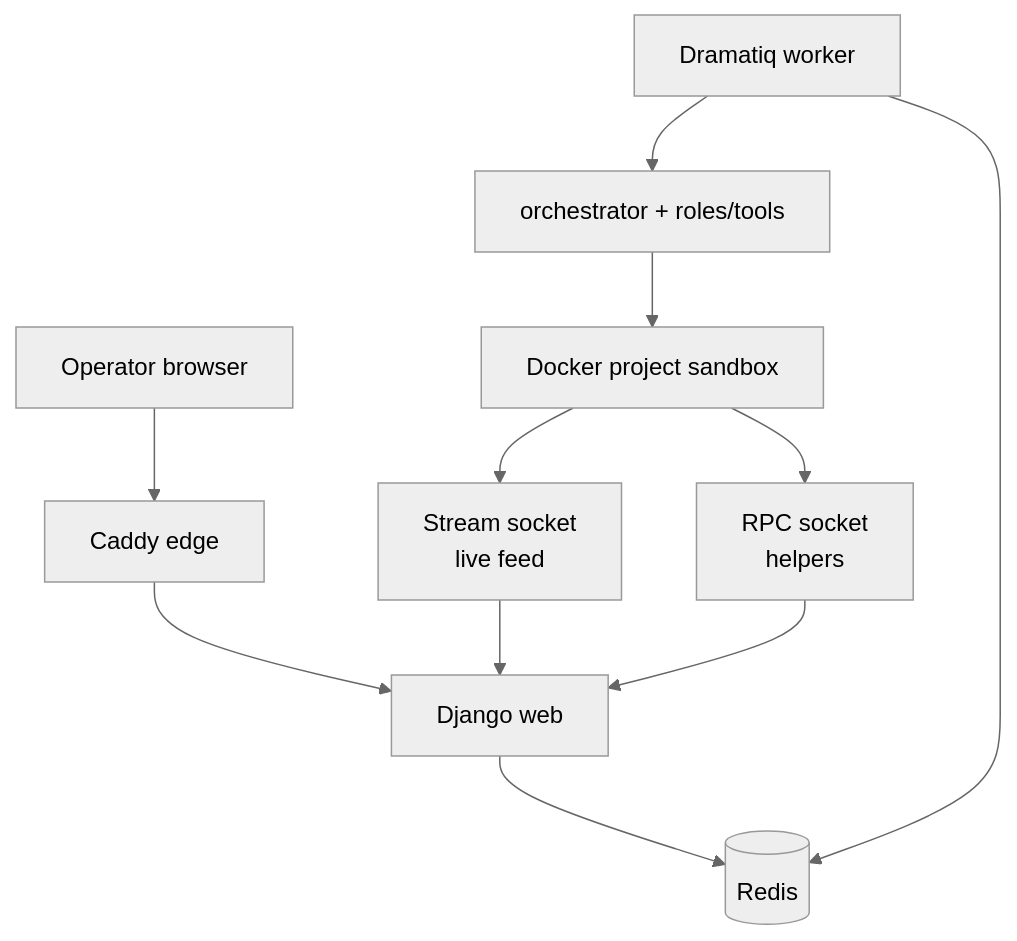
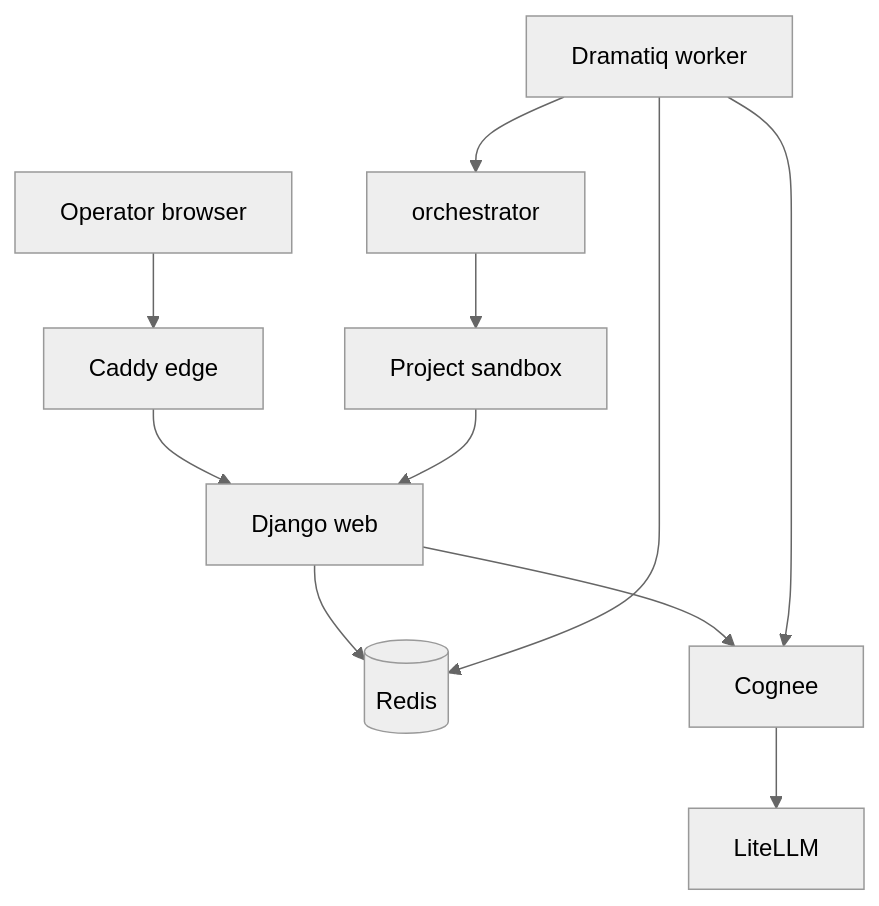
Before and after one commit to Salto7/Peon: the diagram in README.md, drawn with Mermaid (neutral theme). The commit also changed other lines of this file and 349 other files, not shown here.

````diff
--- a/README.md
+++ b/README.md
@@ -38,20 +38,21 @@
 ```mermaid
 flowchart TD
   browser["Operator browser"]
   edge["Caddy edge"]
   web["Django web"]
   redis[("Redis")]
   worker["Dramatiq worker"]
-  orch["orchestrator + roles/tools"]
-  sbx["Docker project sandbox"]
-  stream["Stream socket<br/>live feed"]
-  rpc["RPC socket<br/>helpers"]
+  orch["orchestrator"]
+  cognee["Cognee"]
+  litellm["LiteLLM"]
+  sbx["Project sandbox"]
 
   browser --> edge --> web
   web --> redis
   worker --> redis
-  worker --> orch
-  orch --> sbx
-  sbx --> stream --> web
-  sbx --> rpc --> web
+  worker --> orch --> sbx
+  web --> cognee
+  worker --> cognee
+  cognee --> litellm
+  sbx --> web
 ```
````
